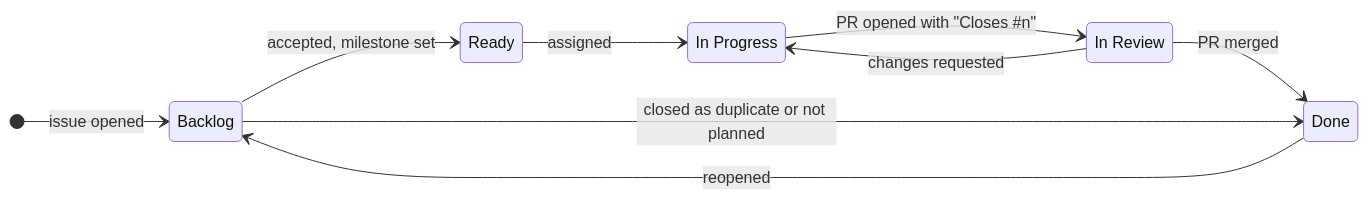
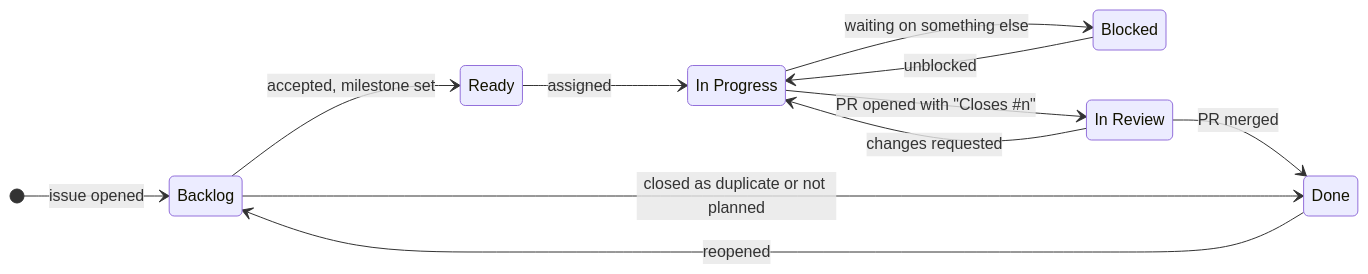
One commit to sisaio/sisa-caching-rs changed the diagram in CONTRIBUTING.md. Above: the diagram before and after it, drawn with Mermaid. The commit also changed other lines of this file and 2 other files, not shown here.

````diff
--- a/CONTRIBUTING.md
+++ b/CONTRIBUTING.md
@@ -100,14 +101,16 @@
 ```mermaid
 stateDiagram-v2
     direction LR
     [*] --> Backlog: issue opened
     Backlog --> Ready: accepted, milestone set
     Ready --> InProgress: assigned
+    InProgress --> Blocked: waiting on something else
+    Blocked --> InProgress: unblocked
     InProgress --> InReview: PR opened with "Closes #n"
     InReview --> InProgress: changes requested
     InReview --> Done: PR merged
     Backlog --> Done: closed as duplicate or not planned
     Done --> Backlog: reopened
     InProgress: In Progress
     InReview: In Review
 ```
````
